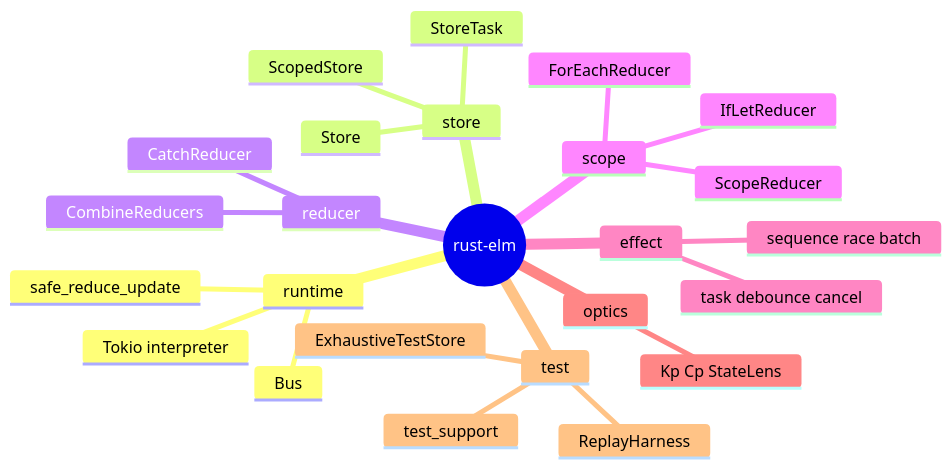
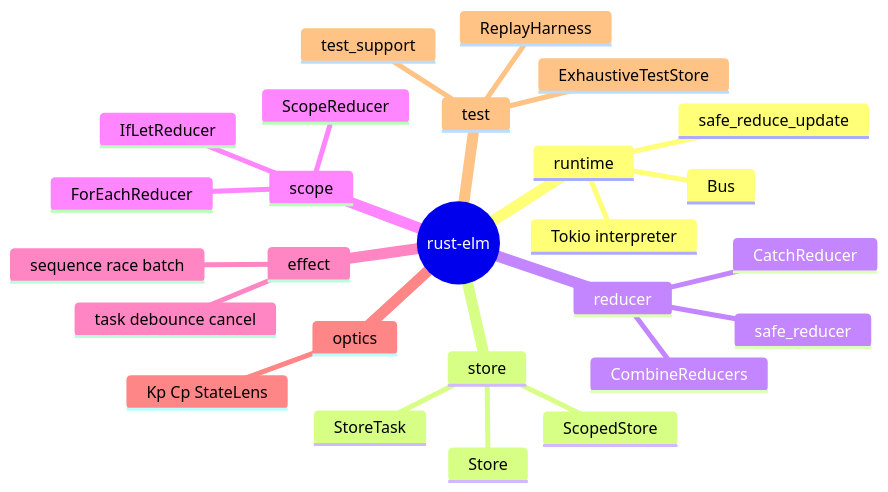
Before and after one commit to akashsoni01/rust-key-paths: the eighth of 8 diagrams in rust-elm/book/architecture.md, drawn with Mermaid. The commit also changed other lines of this file and 9 other files, not shown here.

````diff
--- a/rust-elm/book/architecture.md
+++ b/rust-elm/book/architecture.md
@@ -341,28 +342,29 @@
 ```mermaid
 mindmap
   root((rust-elm))
     runtime
       Bus
       Tokio interpreter
       safe_reduce_update
     store
       Store
       ScopedStore
       StoreTask
     reducer
       CombineReducers
       CatchReducer
+      safe_reducer
     scope
       ScopeReducer
       IfLetReducer
       ForEachReducer
     effect
       task debounce cancel
       sequence race batch
     optics
       Kp Cp StateLens
     test
       ExhaustiveTestStore
       ReplayHarness
       test_support
 ```
````
